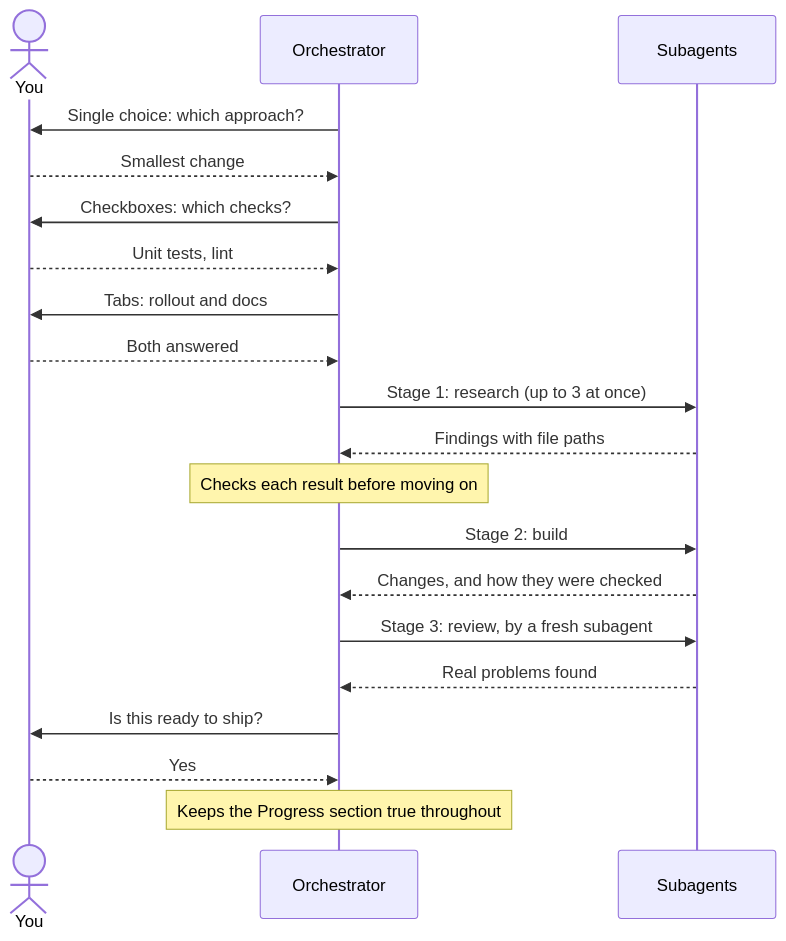
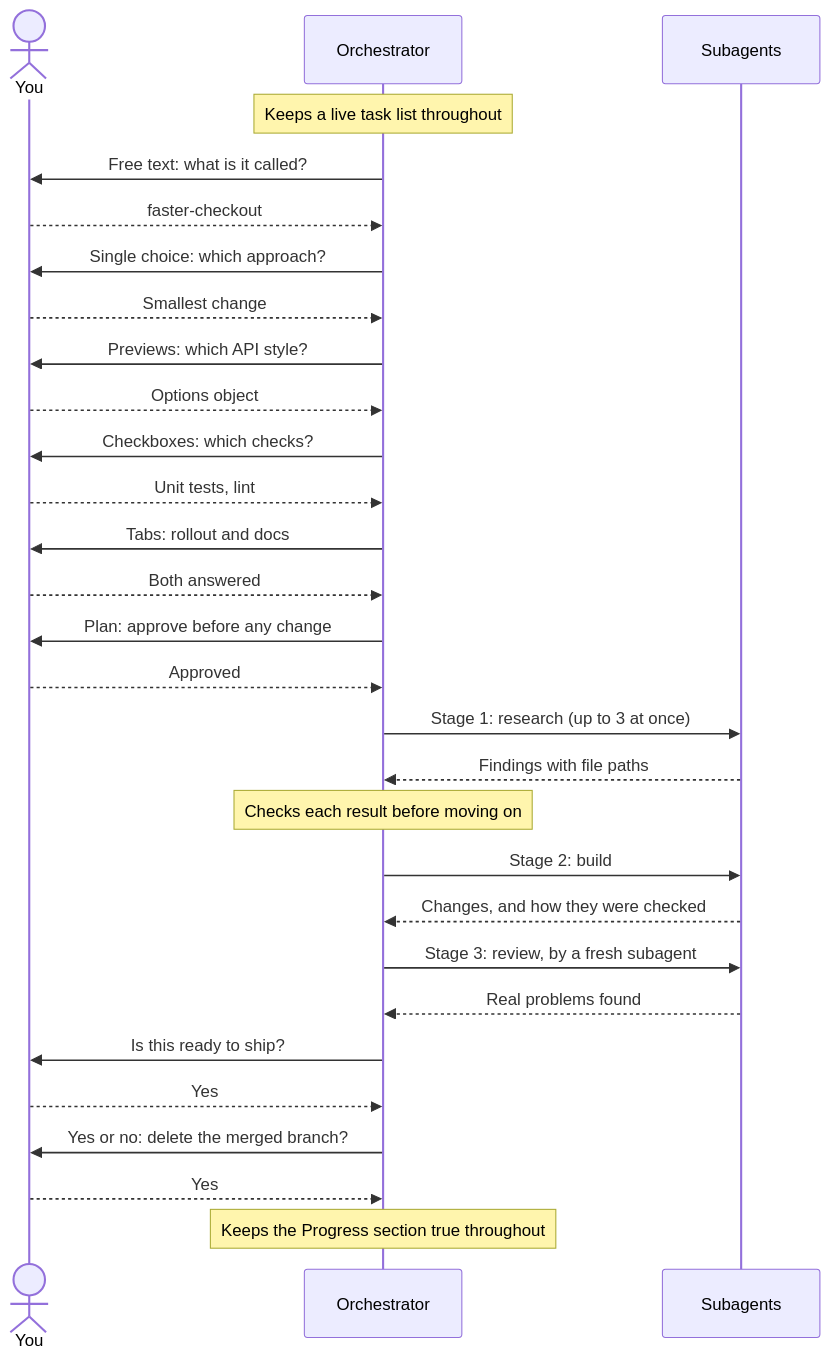
The second of 2 diagrams in docs/guides/template-demo.md (Grano22/aiculator), drawn with Mermaid before and after one commit. The commit also changed other lines of this file and 3 other files, not shown here.

````diff
--- a/docs/guides/template-demo.md
+++ b/docs/guides/template-demo.md
@@ -50,22 +50,31 @@
 ```mermaid
 sequenceDiagram
     actor U as You
     participant M as Orchestrator
     participant S as Subagents
+    Note over M: Keeps a live task list throughout
+    M->>U: Free text: what is it called?
+    U-->>M: faster-checkout
     M->>U: Single choice: which approach?
     U-->>M: Smallest change
+    M->>U: Previews: which API style?
+    U-->>M: Options object
     M->>U: Checkboxes: which checks?
     U-->>M: Unit tests, lint
     M->>U: Tabs: rollout and docs
     U-->>M: Both answered
+    M->>U: Plan: approve before any change
+    U-->>M: Approved
     M->>S: Stage 1: research (up to 3 at once)
     S-->>M: Findings with file paths
     Note over M: Checks each result before moving on
     M->>S: Stage 2: build
     S-->>M: Changes, and how they were checked
     M->>S: Stage 3: review, by a fresh subagent
     S-->>M: Real problems found
     M->>U: Is this ready to ship?
     U-->>M: Yes
+    M->>U: Yes or no: delete the merged branch?
+    U-->>M: Yes
     Note over M: Keeps the Progress section true throughout
 ```
````
